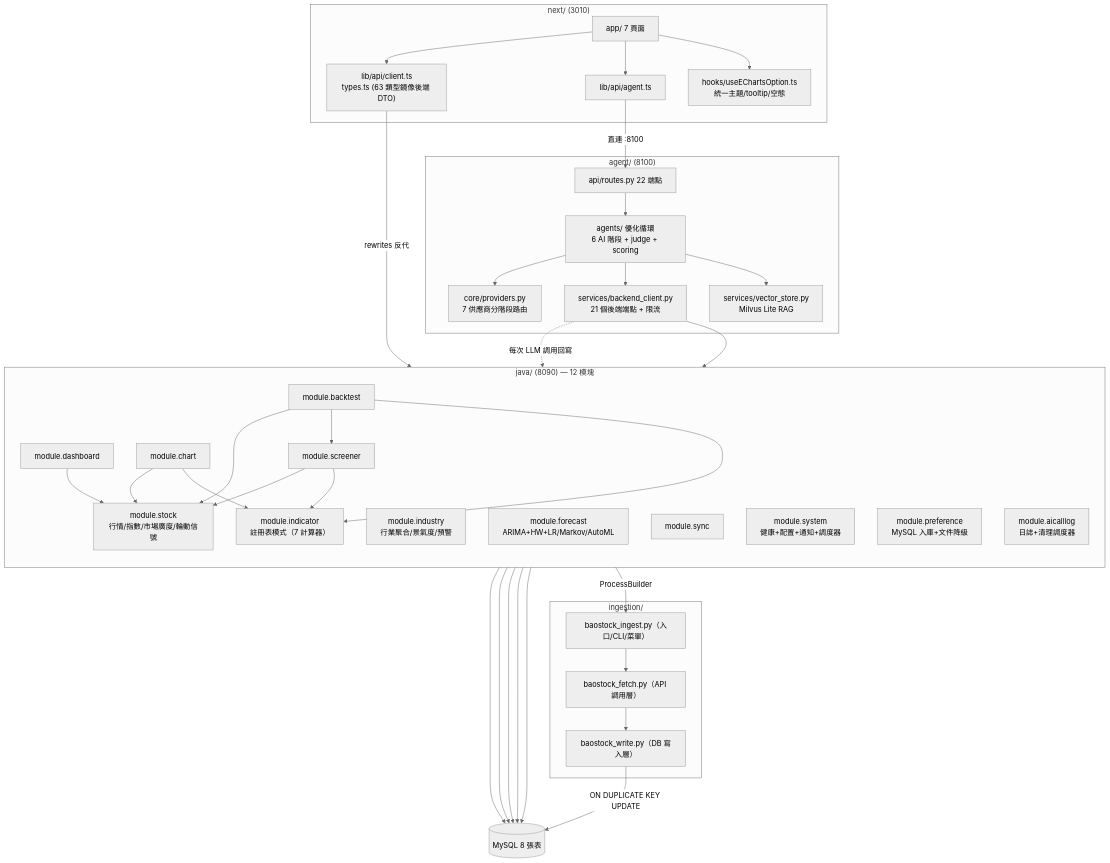
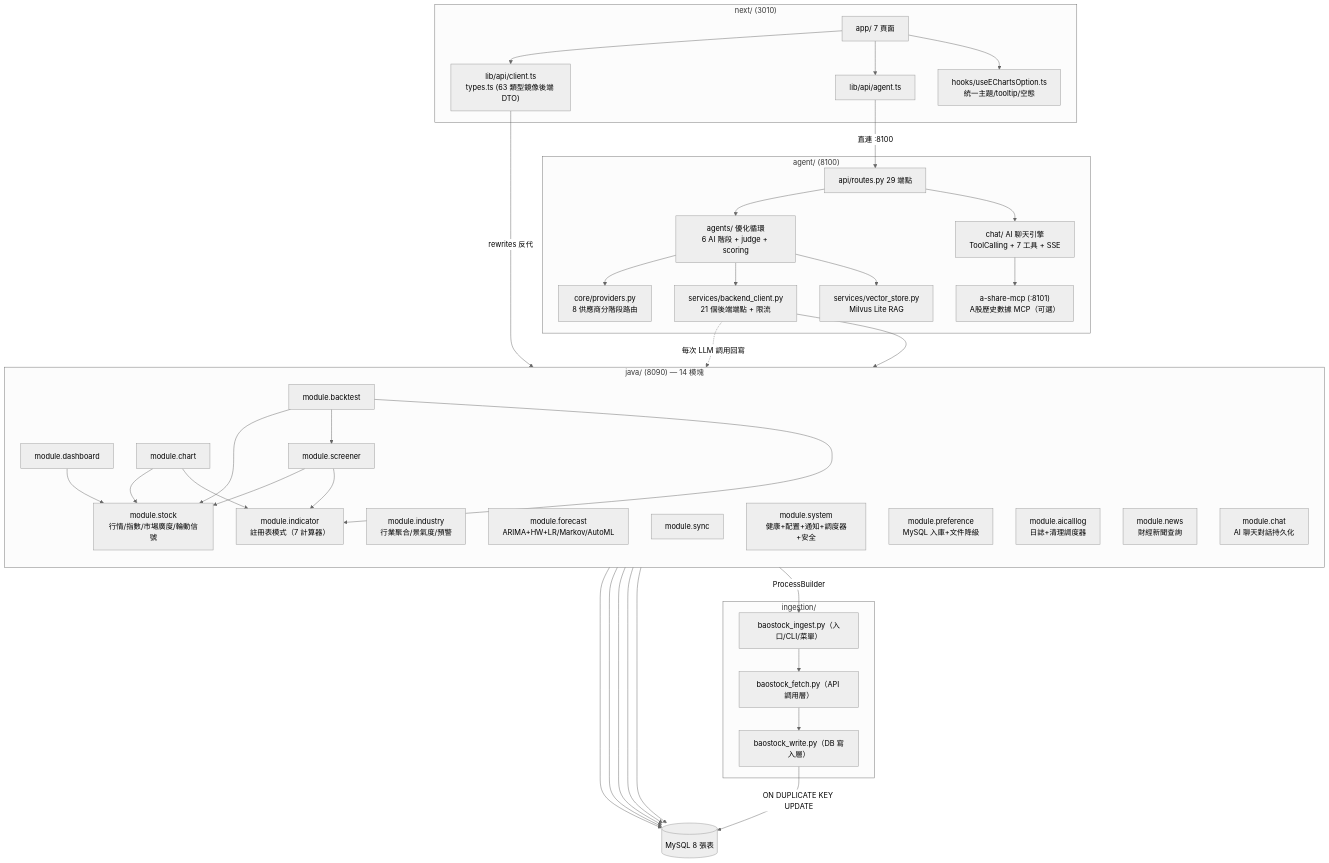
One commit to JackLiKa/TradingWorkstation changed the second of 8 diagrams in docs/architecture.md. Above: the diagram before and after it, drawn with Mermaid (neutral theme). The commit also changed other lines of this file and 8 other files, not shown here.

First line of the commit message:
﻿docs: 同步文檔反映 AI 聊天模塊 + a-share-mcp 集成 + 安全配置

````diff
--- a/docs/architecture.md
+++ b/docs/architecture.md
@@ -114,48 +115,52 @@
 ```mermaid
 flowchart TD
     subgraph NEXT["next/ (3010)"]
         pages["app/ 7 頁面"] --> apiclient["lib/api/client.ts<br/>types.ts (63 類型鏡像後端 DTO)"]
         pages --> agentapi["lib/api/agent.ts"]
         pages --> echarts["hooks/useEChartsOption.ts<br/>統一主題/tooltip/空態"]
     end
 
-    subgraph JAVA["java/ (8090) — 12 模塊"]
+    subgraph JAVA["java/ (8090) — 14 模塊"]
         direction TB
         stock["module.stock<br/>行情/指數/市場廣度/輪動信號"]
         industry["module.industry<br/>行業聚合/景氣度/預警"]
         forecast["module.forecast<br/>ARIMA+HW+LR/Markov/AutoML"]
         indicator["module.indicator<br/>註冊表模式（7 計算器）"]
         dashboard["module.dashboard"] --> stock
         chart["module.chart"] --> stock & indicator
         screener["module.screener"] --> stock & indicator
         backtest["module.backtest"] --> stock & screener & indicator
         sync["module.sync"]
-        system["module.system<br/>健康+配置+通知+調度器"]
+        system["module.system<br/>健康+配置+通知+調度器+安全"]
         pref["module.preference<br/>MySQL 入庫+文件降級"]
         ailog["module.aicalllog<br/>日誌+清理調度器"]
+        news["module.news<br/>財經新聞查詢"]
+        chat["module.chat<br/>AI 聊天對話持久化"]
     end
 
     subgraph AGENT["agent/ (8100)"]
-        routes["api/routes.py 22 端點"] --> loop["agents/ 優化循環<br/>6 AI 階段 + judge + scoring"]
-        loop --> providers["core/providers.py<br/>7 供應商分階段路由"]
+        routes["api/routes.py 29 端點"] --> loop["agents/ 優化循環<br/>6 AI 階段 + judge + scoring"]
+        routes --> chatengine["chat/ AI 聊天引擎<br/>ToolCalling + 7 工具 + SSE"]
+        loop --> providers["core/providers.py<br/>8 供應商分階段路由"]
         loop --> backendcli["services/backend_client.py<br/>21 個後端端點 + 限流"]
         loop --> vstore["services/vector_store.py<br/>Milvus Lite RAG"]
+        chatengine --> ashare["a-share-mcp (:8101)<br/>A股歷史數據 MCP（可選）"]
     end
 
     subgraph ING["ingestion/"]
         fetch["baostock_fetch.py（API 調用層）"]
         write["baostock_write.py（DB 寫入層）"]
         entry["baostock_ingest.py（入口/CLI/菜單）"]
         entry --> fetch --> write
     end
 
     MYSQL[("MySQL 8 張表")]
 
     apiclient -->|rewrites 反代| JAVA
     agentapi -->|直連 :8100| routes
     backendcli --> JAVA
     backendcli -.每次 LLM 調用回寫.-> ailog
     stock & industry & backtest & pref & ailog --> MYSQL
     sync -->|ProcessBuilder| entry
     write -->|ON DUPLICATE KEY UPDATE| MYSQL
 ```
````
